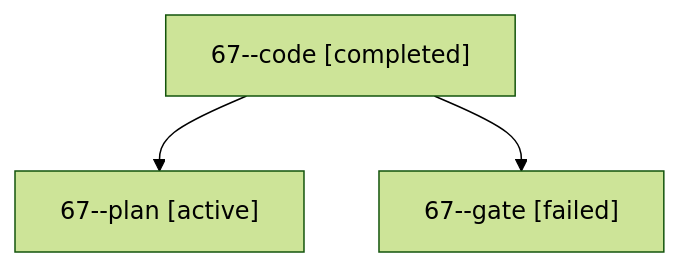
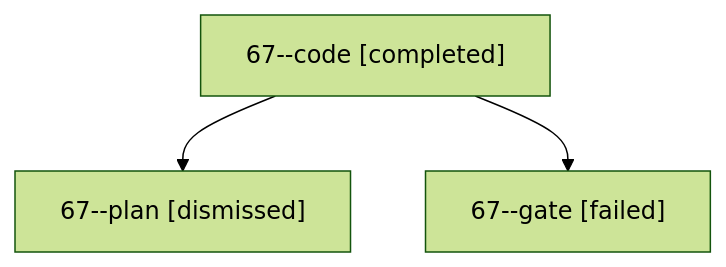
The diagram in sessions/bbugyi200.apollo.67.md (bobs-org/bob-cli--agents), drawn with Mermaid (forest theme) before and after one commit. The commit also changed other lines of this file and 19 other files, not shown here.

````diff
--- a/sessions/bbugyi200.apollo.67.md
+++ b/sessions/bbugyi200.apollo.67.md
@@ -9,8 +9,8 @@
 ```mermaid
 flowchart TD
   n0["67--code [completed]"]
-  n1["67--plan [active]"]
+  n1["67--plan [dismissed]"]
   n0 --> n1
   n2["67--gate [failed]"]
   n0 --> n2
 ```
````
